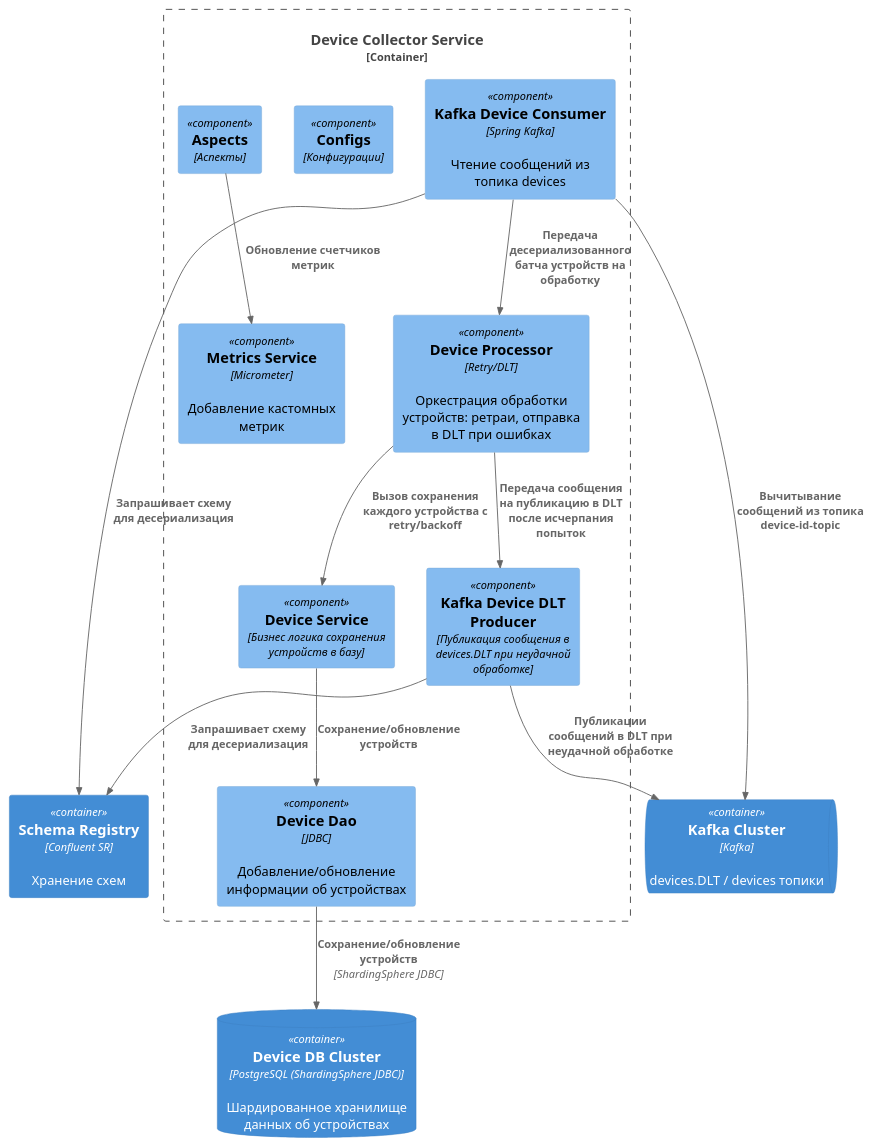
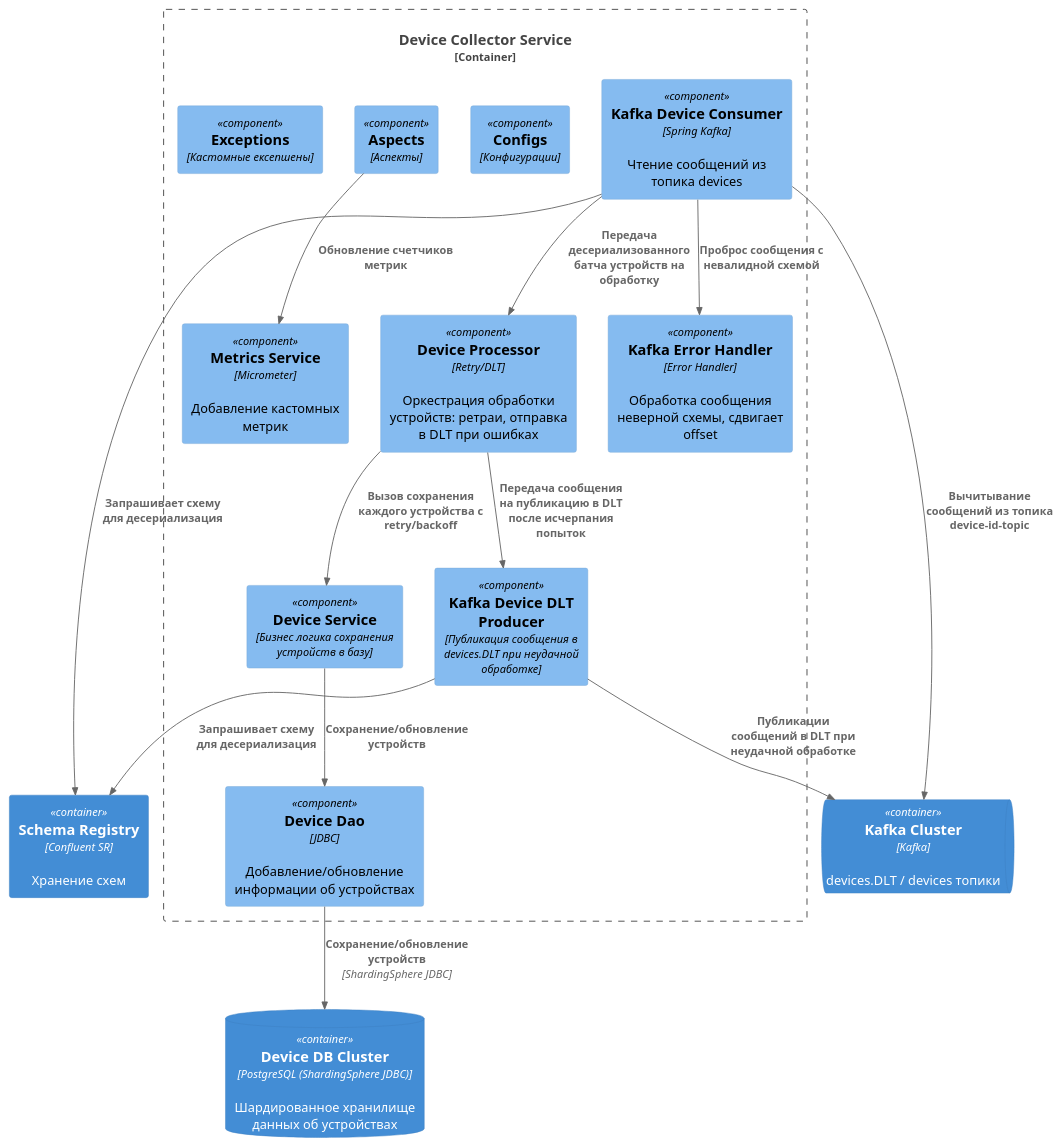
The diagram in device-collector/diagrams/component.puml (SinglePlayer56/iot), drawn with PlantUML before and after one commit. The commit also changed 1 other file, not shown here.

Commit message:
Update diagrams.

```diff
--- a/device-collector/diagrams/component.puml
+++ b/device-collector/diagrams/component.puml
@@ -1,31 +1,34 @@
 @startuml
 !includeurl https://raw.githubusercontent.com/plantuml-stdlib/C4-PlantUML/master/C4_Component.puml
 
 Container_Boundary(device_collector_service, "Device Collector Service") {
     Component(device_processor, "Device Processor", "Retry/DLT", "Оркестрация обработки устройств: ретраи, отправка в DLT при ошибках")
     Component(device_service, "Device Service", "Бизнес логика сохранения устройств в базу")
     Component(device_repo, "Device Dao", "JDBC", "Добавление/обновление информации об устройствах")
     Component(kafka_device_consumer, "Kafka Device Consumer", "Spring Kafka", "Чтение сообщений из топика devices")
     Component(metrics_service, "Metrics Service", "Micrometer", "Добавление кастомных метрик")
     Component(configs, "Configs", "Конфигурации")
     Component(aspects, "Aspects", "Аспекты")
+    Component(exceptions, "Exceptions", "Кастомные ексепшены")
     Component(kafka_device_dlt_producer, "Kafka Device DLT Producer", "Публикация сообщения в devices.DLT при неудачной обработке")
+    Component(kafka_error_handler, "Kafka Error Handler", "Error Handler", "Обработка сообщения неверной схемы, сдвигает offset")
 
     Rel(aspects, metrics_service, "Обновление счетчиков метрик")
     Rel(device_service, device_repo, "Сохранение/обновление устройств")
     Rel(kafka_device_consumer, device_processor, "Передача десериализованного батча устройств на обработку")
+    Rel(kafka_device_consumer, kafka_error_handler, "Проброс сообщения с невалидной схемой")
     Rel(device_processor, device_service, "Вызов сохранения каждого устройства с retry/backoff")
     Rel(device_processor, kafka_device_dlt_producer, "Передача сообщения на публикацию в DLT после исчерпания попыток")
 }
 
 ContainerDb(device_collector_data, "Device DB Cluster", "PostgreSQL (ShardingSphere JDBC)", "Шардированное хранилище данных об устройствах")
 ContainerQueue(kafka, "Kafka Cluster", "Kafka", "devices.DLT / devices топики")
 Container(schema_registry, "Schema Registry", "Confluent SR", "Хранение схем")
 
 Rel(kafka_device_consumer, schema_registry, "Запрашивает схему для десериализация")
 Rel(kafka_device_dlt_producer, schema_registry, "Запрашивает схему для десериализация")
 Rel(kafka_device_consumer, kafka, "Вычитывание сообщений из топика device-id-topic")
 Rel(kafka_device_dlt_producer, kafka, "Публикации сообщений в DLT при неудачной обработке")
 Rel(device_repo,device_collector_data, "Сохранение/обновление устройств", "ShardingSphere JDBC")
 
 @enduml
```
